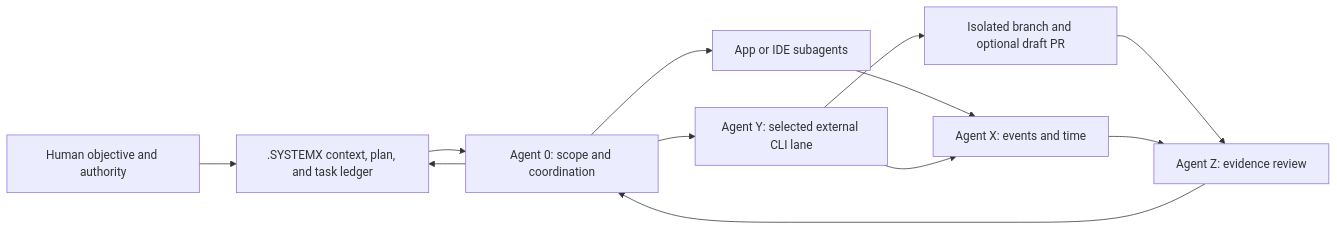
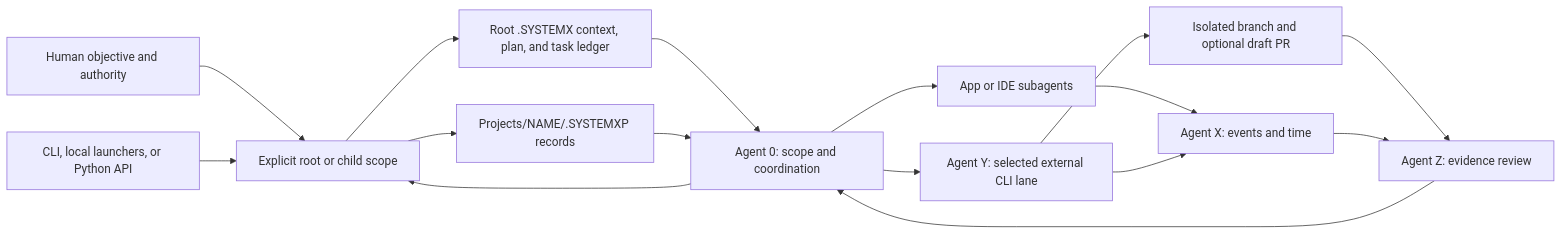
One commit to WayneTechLab/dotSYSTEMX changed the diagram in README.md. Above: the diagram before and after it, drawn with Mermaid. The commit also changed other lines of this file and 36 other files, not shown here.

Commit message:
feat: expose CLI projects routing and refresh tools infographic

````diff
--- a/README.md
+++ b/README.md
@@ -94,14 +102,18 @@
 ```mermaid
 flowchart LR
-  H[Human objective and authority] --> R[.SYSTEMX context, plan, and task ledger]
+  H[Human objective and authority] --> S[Explicit root or child scope]
+  CLI[CLI, local launchers, or Python API] --> S
+  S --> R[Root .SYSTEMX context, plan, and task ledger]
+  S --> C[Projects/NAME/.SYSTEMXP records]
   R --> A0[Agent 0: scope and coordination]
+  C --> A0
   A0 --> W[App or IDE subagents]
   A0 --> Y[Agent Y: selected external CLI lane]
   Y --> P[Isolated branch and optional draft PR]
   W --> X[Agent X: events and time]
   Y --> X
   P --> Z[Agent Z: evidence review]
   X --> Z
   Z --> A0
-  A0 --> R
+  A0 --> S
 ```
````
